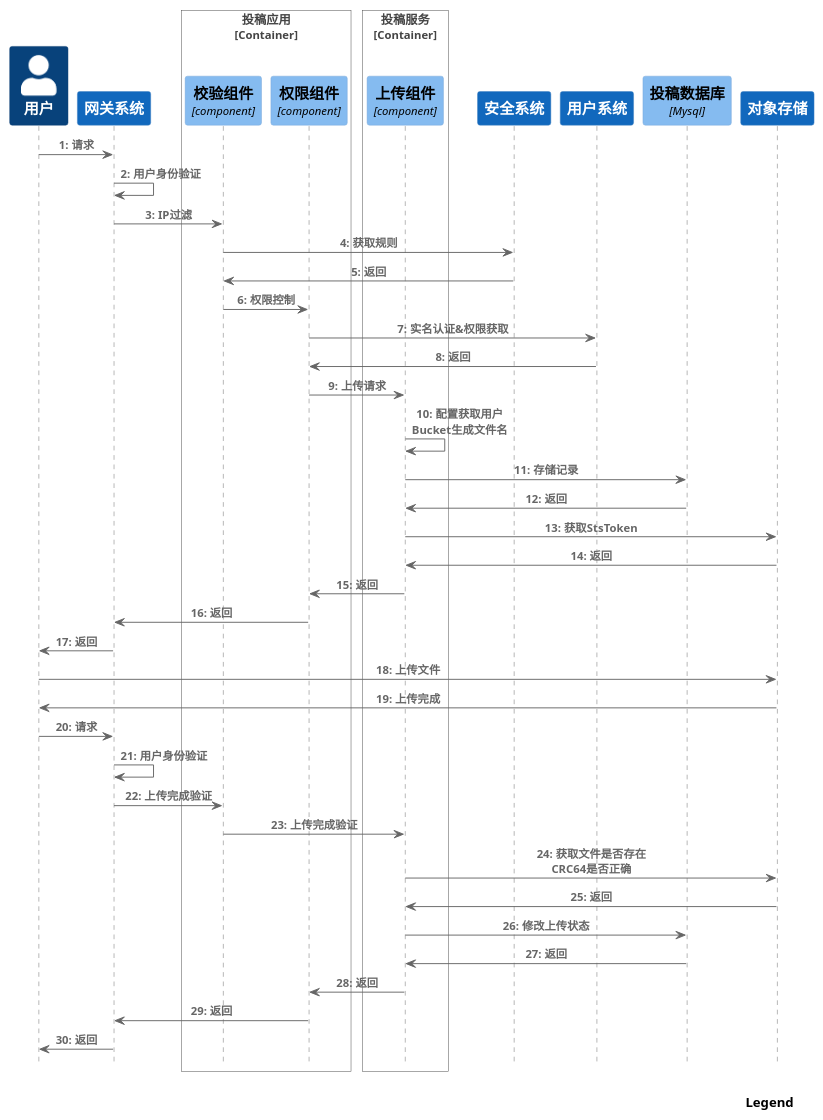
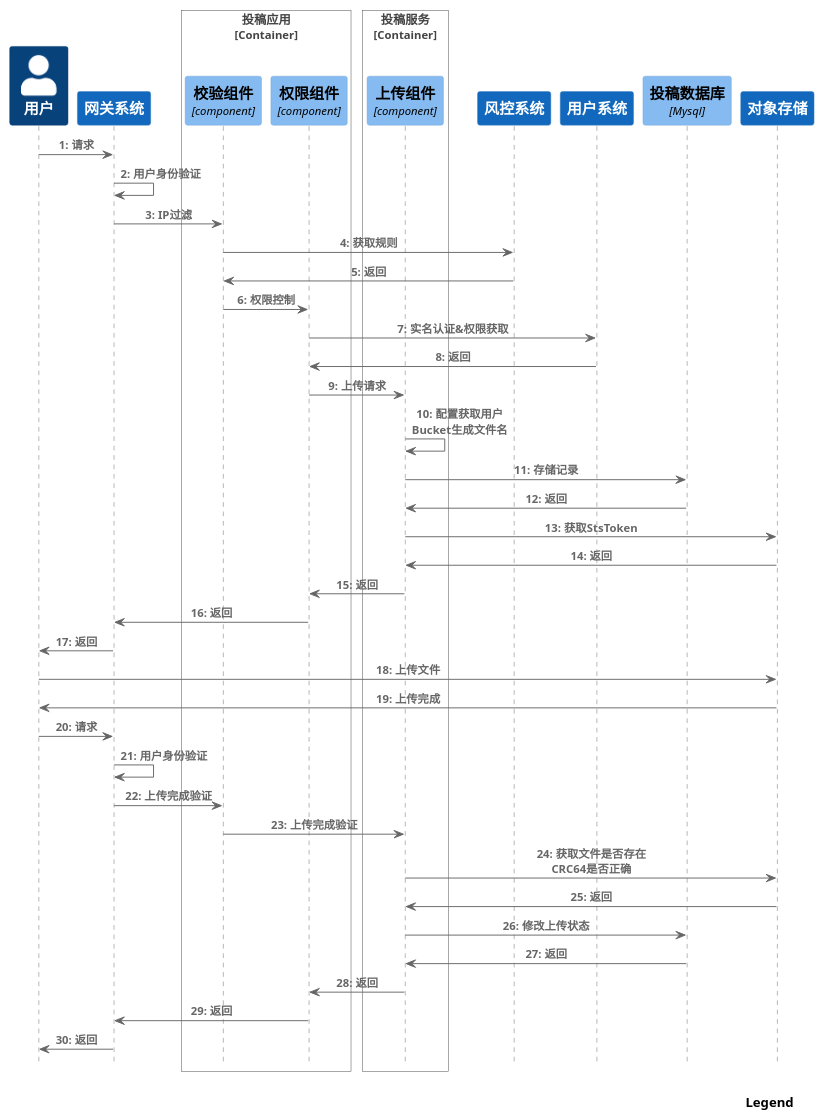
One commit to nxnnxn/community-doc changed the diagram in puml/content/content/add/deletepostseq.puml. Above: the diagram before and after it, drawn with PlantUML. The commit also changed 11 other files, not shown here.

```diff
--- a/puml/content/content/add/deletepostseq.puml
+++ b/puml/content/content/add/deletepostseq.puml
@@ -1,59 +1,59 @@
 @startuml
 !include <C4/C4_Sequence>
 SHOW_INDEX()
 SHOW_LEGEND()
 
 Person(user, "用户")
 System(gateway,"网关系统")
 
 Rel(user, gateway, "请求")
 Rel(gateway, gateway, "用户身份验证")
 
 Container_Boundary(postFacade, "投稿应用")
     Component(checkComponent, "校验组件", "component", "IP校验&安全检验")
     Component(authComponent, "权限组件", "component", "用户权限检验")
 Boundary_End()
 
 Container_Boundary(postService, "投稿服务")
     Component(uploadComponent, "上传组件", "component", "上传令牌服务")
 Boundary_End()
-System(security,"安全系统")
+System(security,"风控系统")
 System(userSystem,"用户系统")
 ComponentDb(db, "投稿数据库", "Mysql")
 
 Rel(gateway, checkComponent, "IP过滤")
 Rel(checkComponent, security, "获取规则")
 Rel(security,checkComponent, "返回")
 Rel(checkComponent, authComponent, "权限控制")
 Rel(authComponent, userSystem, "实名认证&权限获取")
 Rel(userSystem,authComponent, "返回")
 Rel(authComponent, uploadComponent, "上传请求")
 Rel(uploadComponent, uploadComponent, "配置获取用户\nBucket生成文件名")
 Rel(uploadComponent, db, "存储记录")
 Rel(db, uploadComponent, "返回")
 System(objectStorage, "对象存储")
 Rel(uploadComponent, objectStorage, "获取StsToken")
 Rel(objectStorage, uploadComponent, "返回")
 Rel(uploadComponent, authComponent, "返回")
 Rel(authComponent, gateway, "返回")
 Rel(gateway, user, "返回")
 Rel(user, objectStorage, "上传文件")
 Rel(objectStorage, user, "上传完成")
 Rel(user, gateway, "请求")
 Rel(gateway, gateway, "用户身份验证")
 Rel(gateway, checkComponent, "上传完成验证")
 Rel(checkComponent, uploadComponent, "上传完成验证")
 Rel(uploadComponent, objectStorage, "获取文件是否存在\nCRC64是否正确")
 Rel(objectStorage, uploadComponent, "返回")
 Rel(uploadComponent, db, "修改上传状态")
 Rel(db, uploadComponent, "返回")
 Rel(uploadComponent, authComponent, "返回")
 Rel(authComponent, gateway, "返回")
 Rel(gateway, user, "返回")
 
 
 
 
 
 
 @enduml
```
